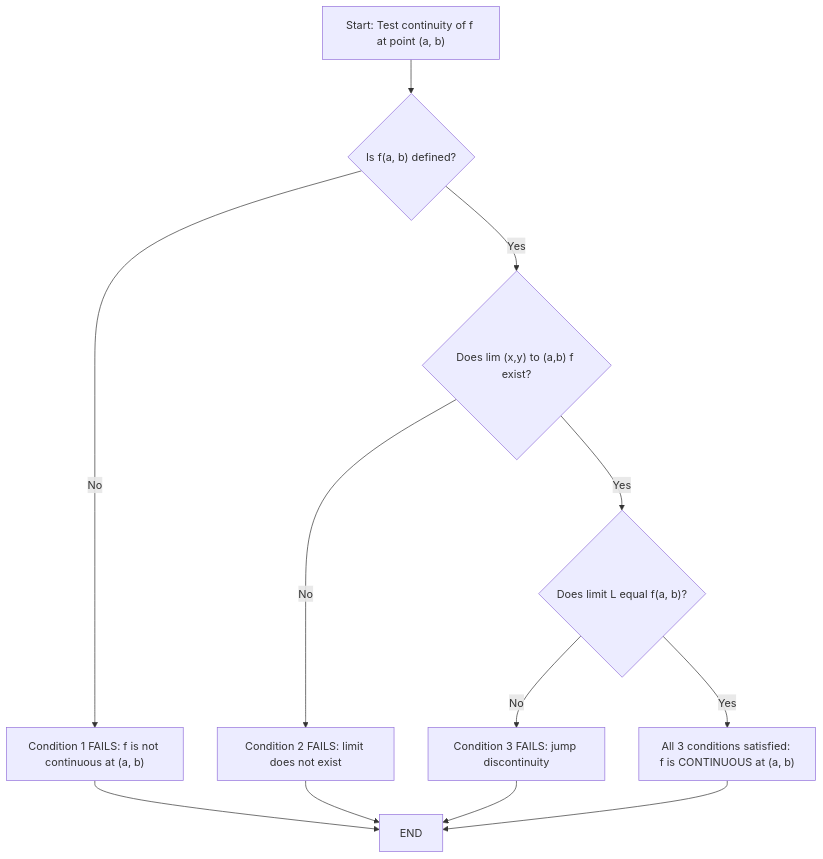
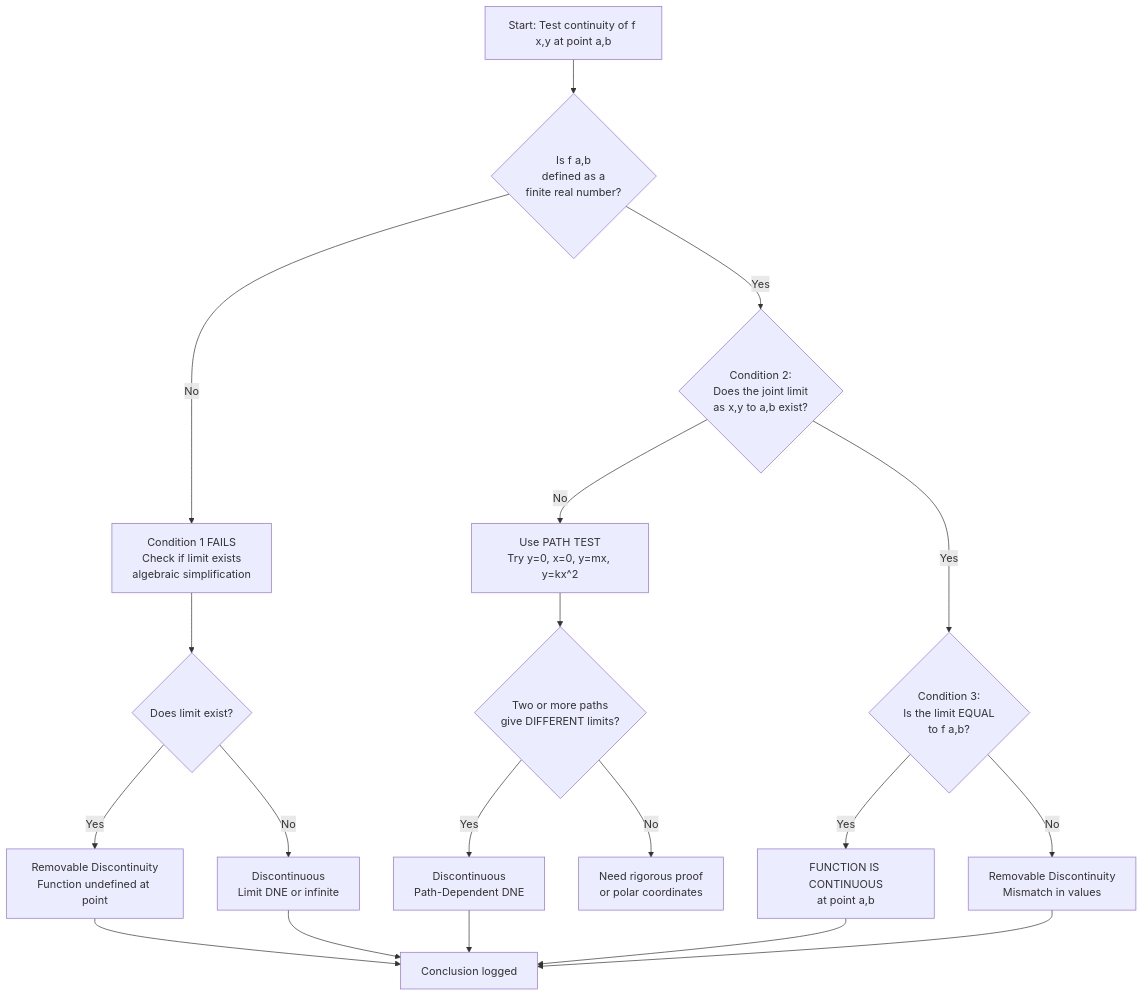
Before and after one commit to vishnuu-kr/ktunode: the first of 4 diagrams in public/notes/computer-science-and-engineering/semester-1/gamat101-mathematics-for-information-science-1/02-module-2-functions-of-several-variables-domains-and-ranges/continuity-for-functions-of-two-variables/notes.md, drawn with Mermaid. The commit also changed other lines of this file and 4829 other files, not shown here.

````diff
--- a/public/notes/computer-science-and-engineering/semester-1/gamat101-mathematics-for-information-science-1/02-module-2-functions-of-several-variables-domains-and-ranges/continuity-for-functions-of-two-variables/notes.md
+++ b/public/notes/computer-science-and-engineering/semester-1/gamat101-mathematics-for-information-science-1/02-module-2-functions-of-several-variables-domains-and-ranges/continuity-for-functions-of-two-variables/notes.md
@@ -292,14 +476,21 @@
 ```mermaid
 flowchart TD
-    A["Start: Test continuity of f at point (a, b)"] --> B{"Is f(a, b) defined?"}
-    B -- "No" --> C["Condition 1 FAILS: f is not continuous at (a, b)"]
-    B -- "Yes" --> D{"Does lim (x,y) to (a,b) f exist?"}
-    D -- "No" --> E["Condition 2 FAILS: limit does not exist"]
-    D -- "Yes" --> F{"Does limit L equal f(a, b)?"}
-    F -- "No" --> G["Condition 3 FAILS: jump discontinuity"]
-    F -- "Yes" --> H["All 3 conditions satisfied: f is CONTINUOUS at (a, b)"]
-    C --> I["END"]
-    E --> I
-    G --> I
-    H --> I
+    A[Start: Test continuity of f x,y at point a,b] --> B{Is f a,b<br/>defined as a<br/>finite real number?}
+    B -- No --> B1[Condition 1 FAILS<br/>Check if limit exists<br/>algebraic simplification]
+    B1 --> B2{Does limit exist?}
+    B2 -- Yes --> R1[Removable Discontinuity<br/>Function undefined at point]
+    B2 -- No --> R2[Discontinuous<br/>Limit DNE or infinite]
+    B -- Yes --> C{Condition 2:<br/>Does the joint limit<br/>as x,y to a,b exist?}
+    C -- No --> P1[Use PATH TEST<br/>Try y=0, x=0, y=mx, y=kx^2]
+    P1 --> P2{Two or more paths<br/>give DIFFERENT limits?}
+    P2 -- Yes --> R3[Discontinuous<br/>Path-Dependent DNE]
+    P2 -- No --> P3[Need rigorous proof<br/>or polar coordinates]
+    C -- Yes --> D{Condition 3:<br/>Is the limit EQUAL<br/>to f a,b?}
+    D -- Yes --> E[FUNCTION IS CONTINUOUS<br/>at point a,b]
+    D -- No --> R4[Removable Discontinuity<br/>Mismatch in values]
+    E --> F[Conclusion logged]
+    R1 --> F
+    R2 --> F
+    R3 --> F
+    R4 --> F
 ```
````
